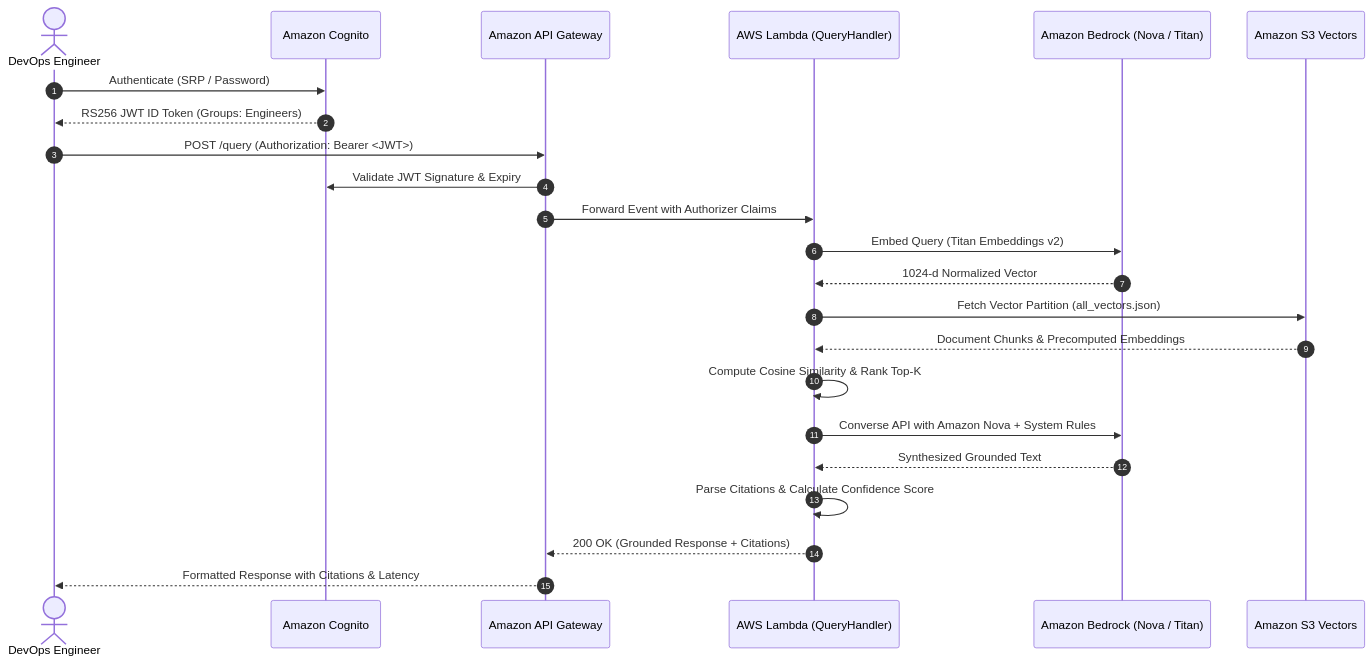
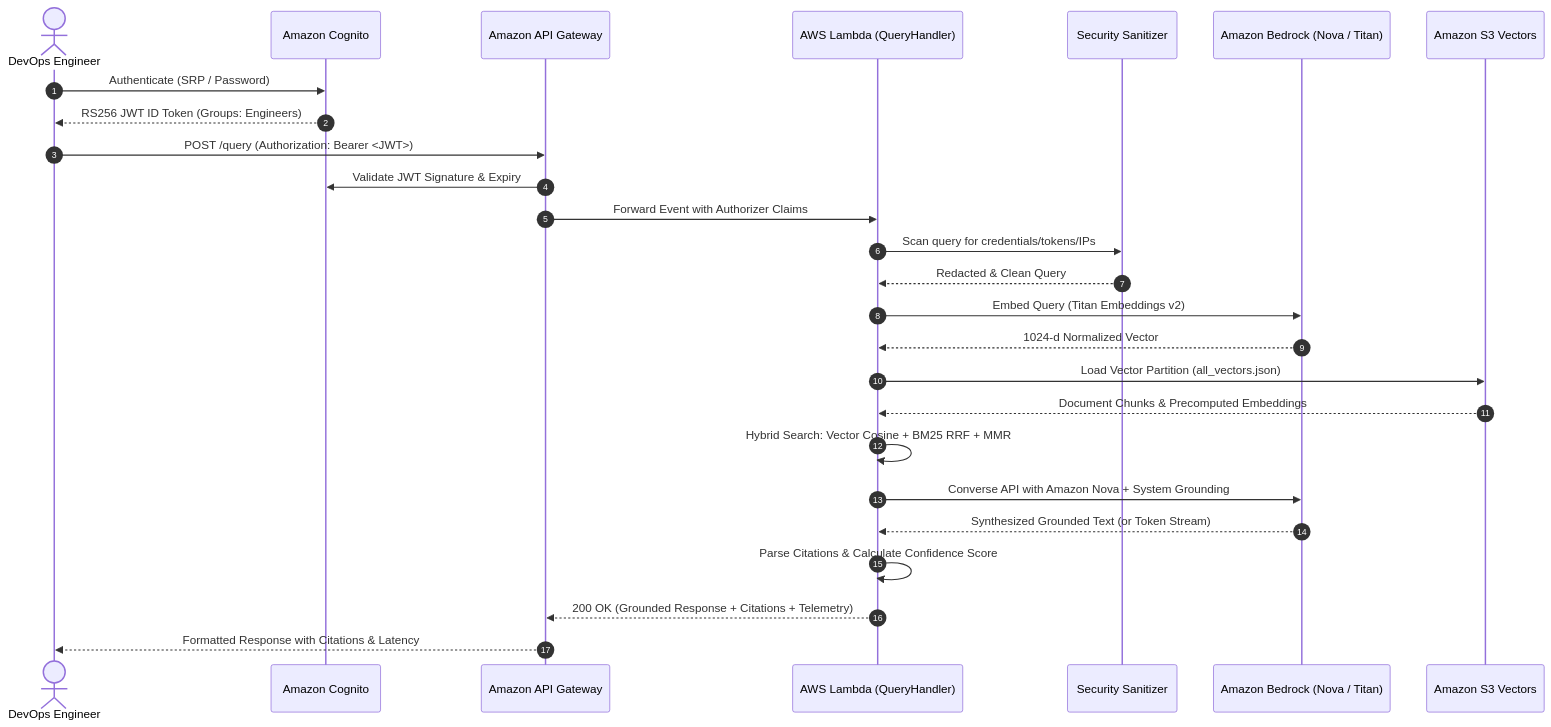
The second of 2 diagrams in ARCHITECTURE.md (KUMARAGURU-V-S/GroundedOps), drawn with Mermaid before and after one commit. The commit also changed other lines of this file and 21 other files, not shown here.

First line of the commit message:
feat: upgrade GroundedOps with Hybrid Search (BM25 + S3 Vectors RRF), MMR reranking, conversational memory & security sanitization

````diff
--- a/ARCHITECTURE.md
+++ b/ARCHITECTURE.md
@@ -49,26 +52,29 @@
 ```mermaid
 sequenceDiagram
     autonumber
     actor Engineer as DevOps Engineer
     participant Cognito as Amazon Cognito
     participant APIGW as Amazon API Gateway
     participant Lambda as AWS Lambda (QueryHandler)
+    participant Sanitizer as Security Sanitizer
     participant Bedrock as Amazon Bedrock (Nova / Titan)
     participant S3 as Amazon S3 Vectors
 
     Engineer->>Cognito: Authenticate (SRP / Password)
     Cognito-->>Engineer: RS256 JWT ID Token (Groups: Engineers)
     Engineer->>APIGW: POST /query (Authorization: Bearer <JWT>)
     APIGW->>Cognito: Validate JWT Signature & Expiry
     APIGW->>Lambda: Forward Event with Authorizer Claims
+    Lambda->>Sanitizer: Scan query for credentials/tokens/IPs
+    Sanitizer-->>Lambda: Redacted & Clean Query
     Lambda->>Bedrock: Embed Query (Titan Embeddings v2)
     Bedrock-->>Lambda: 1024-d Normalized Vector
-    Lambda->>S3: Fetch Vector Partition (all_vectors.json)
+    Lambda->>S3: Load Vector Partition (all_vectors.json)
     S3-->>Lambda: Document Chunks & Precomputed Embeddings
-    Lambda->>Lambda: Compute Cosine Similarity & Rank Top-K
-    Lambda->>Bedrock: Converse API with Amazon Nova + System Rules
-    Bedrock-->>Lambda: Synthesized Grounded Text
+    Lambda->>Lambda: Hybrid Search: Vector Cosine + BM25 RRF + MMR
+    Lambda->>Bedrock: Converse API with Amazon Nova + System Grounding
+    Bedrock-->>Lambda: Synthesized Grounded Text (or Token Stream)
     Lambda->>Lambda: Parse Citations & Calculate Confidence Score
-    Lambda-->>APIGW: 200 OK (Grounded Response + Citations)
+    Lambda-->>APIGW: 200 OK (Grounded Response + Citations + Telemetry)
     APIGW-->>Engineer: Formatted Response with Citations & Latency
 ```
````
